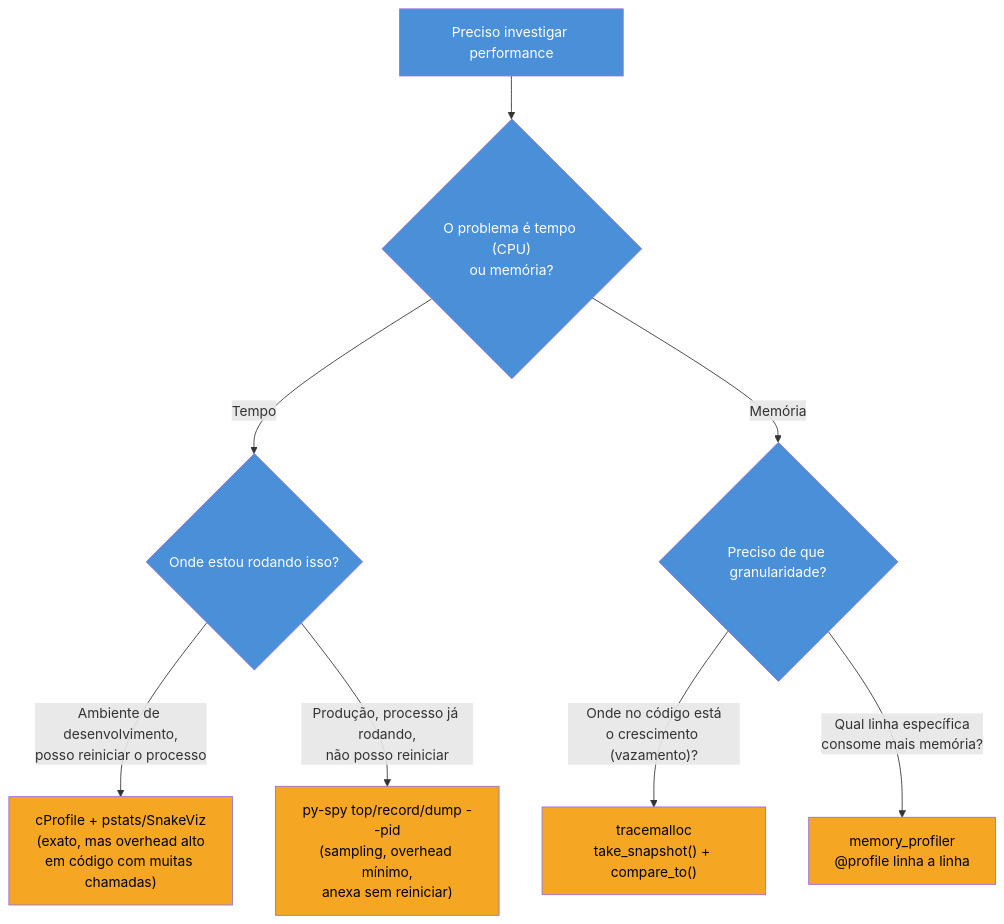
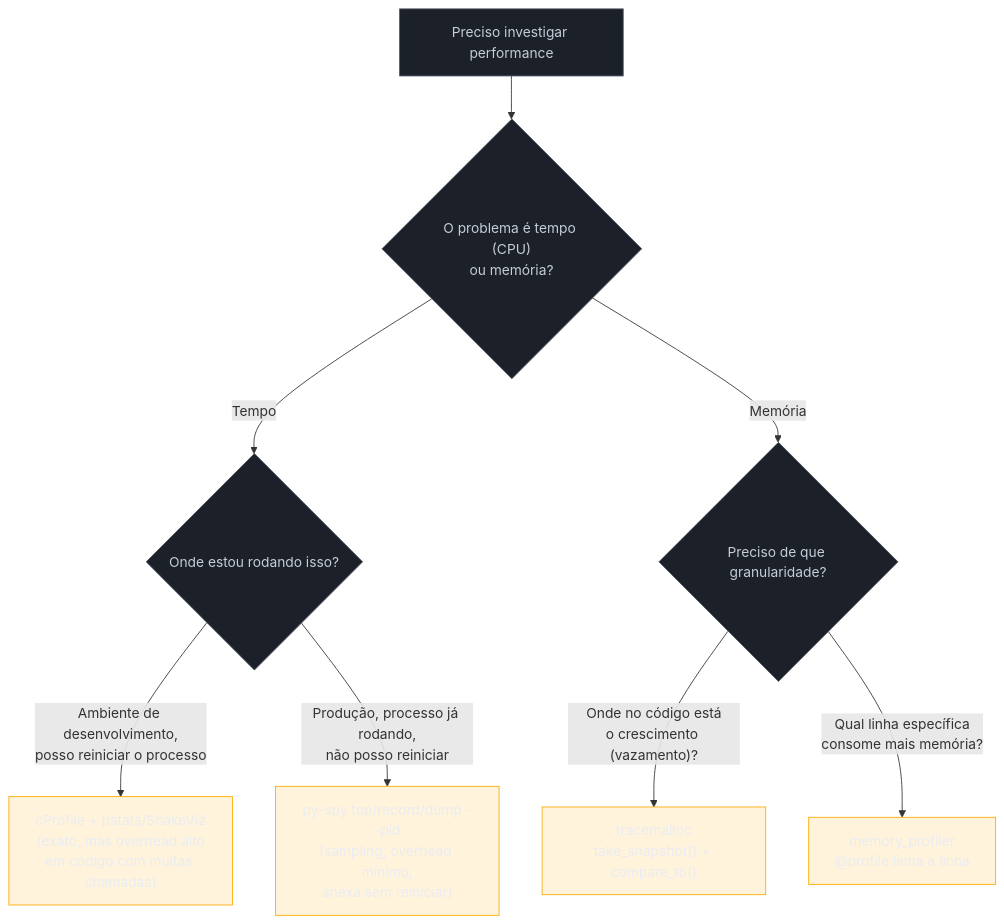
One commit to josenaldo/codex-technomanticus changed the third of 3 diagrams in 03-Dominios/Tecnologia/Python/CPython internals/08 - Profiling — cProfile, py-spy, tracemalloc.md. Above: the diagram before and after it, drawn with Mermaid. The commit also changed other lines of this file and 1181 other files, not shown here.

First line of the commit message:
fix(diagramas): paleta do sistema no lugar de cor cravada no markdown

````diff
--- a/03-Dominios/Tecnologia/Python/CPython internals/08 - Profiling — cProfile, py-spy, tracemalloc.md
+++ b/03-Dominios/Tecnologia/Python/CPython internals/08 - Profiling — cProfile, py-spy, tracemalloc.md
@@ -312,21 +314,23 @@
 ```mermaid
 flowchart TD
+    classDef neutro fill:#1B2029,stroke:#4E5666,color:#C6CCD8
+    classDef destaque fill:#FFAA0024,stroke:#FFAA00,color:#E9ECF2
     Start["Preciso investigar performance"] --> Tipo{"O problema é tempo (CPU)\nou memória?"}
 
     Tipo -- Tempo --> Onde{"Onde estou rodando isso?"}
     Onde -- "Ambiente de desenvolvimento,\nposso reiniciar o processo" --> CProf["cProfile + pstats/SnakeViz\n(exato, mas overhead alto\nem código com muitas chamadas)"]
     Onde -- "Produção, processo já rodando,\nnão posso reiniciar" --> PySpy["py-spy top/record/dump --pid\n(sampling, overhead mínimo,\nanexa sem reiniciar)"]
 
     Tipo -- Memória --> Escopo{"Preciso de que granularidade?"}
     Escopo -- "Onde no código está\no crescimento (vazamento)?" --> Tmalloc["tracemalloc\ntake_snapshot() + compare_to()"]
     Escopo -- "Qual linha específica\nconsome mais memória?" --> MemProf["memory_profiler\n@profile linha a linha"]
 
-    style Start fill:#4A90D9,color:#fff
-    style Tipo fill:#4A90D9,color:#fff
-    style Onde fill:#4A90D9,color:#fff
-    style CProf fill:#F5A623,color:#000
-    style PySpy fill:#F5A623,color:#000
-    style Escopo fill:#4A90D9,color:#fff
-    style Tmalloc fill:#F5A623,color:#000
-    style MemProf fill:#F5A623,color:#000
+    class Start neutro
+    class Tipo neutro
+    class Onde neutro
+    class CProf destaque
+    class PySpy destaque
+    class Escopo neutro
+    class Tmalloc destaque
+    class MemProf destaque
 ```
````
